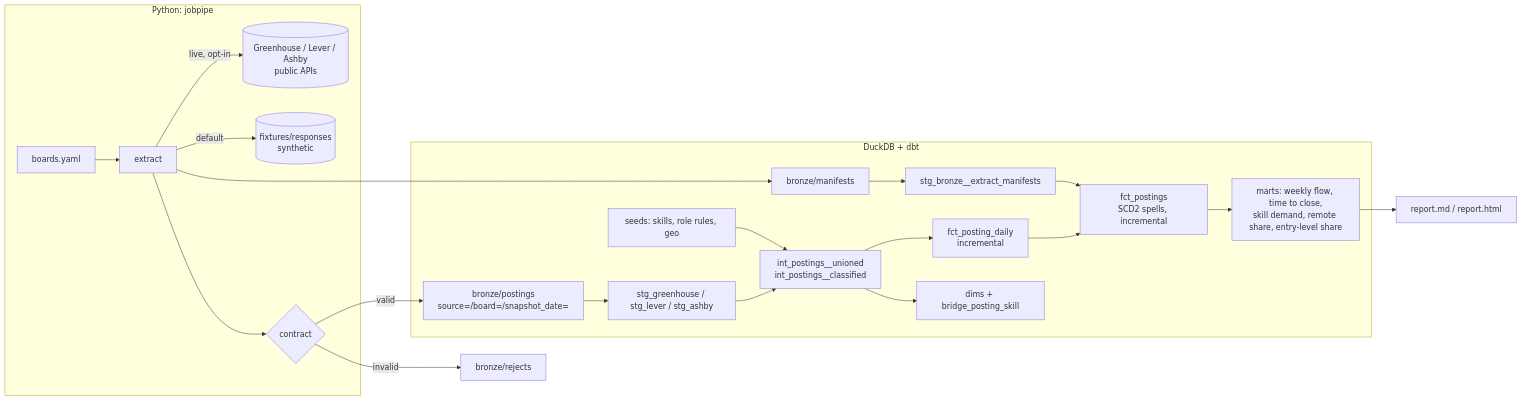
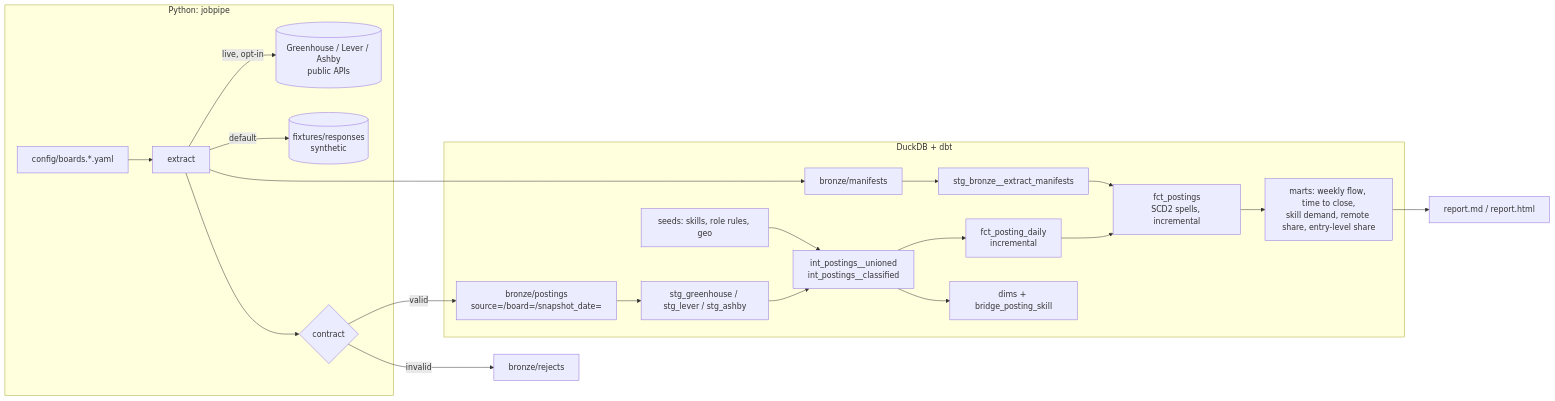
One commit to srujanmalakpata/jobpipe changed the diagram in README.md. Above: the diagram before and after it, drawn with Mermaid. The commit also changed other lines of this file and 2 other files, not shown here.

````diff
--- a/README.md
+++ b/README.md
@@ -102,24 +76,24 @@
 ```mermaid
 flowchart LR
   subgraph Extract["Python: jobpipe"]
-    CFG["boards.yaml"] --> EX["extract"]
+    CFG["config/boards.*.yaml"] --> EX["extract"]
     EX -->|"live, opt-in"| API[("Greenhouse / Lever / Ashby<br/>public APIs")]
     EX -->|"default"| FX[("fixtures/responses<br/>synthetic")]
     EX --> C{"contract"}
   end
   C -->|valid| B1["bronze/postings<br/>source=/board=/snapshot_date="]
   C -->|invalid| B2["bronze/rejects"]
   EX --> B3["bronze/manifests"]
   subgraph Warehouse["DuckDB + dbt"]
     B1 --> S["stg_greenhouse / stg_lever / stg_ashby"]
     B3 --> SM["stg_bronze__extract_manifests"]
     S --> I["int_postings__unioned<br/>int_postings__classified"]
     SEEDS["seeds: skills, role rules, geo"] --> I
     I --> F1["fct_posting_daily<br/>incremental"]
     F1 --> F2["fct_postings<br/>SCD2 spells, incremental"]
     SM --> F2
     I --> D["dims + bridge_posting_skill"]
     F2 --> M["marts: weekly flow, time to close,<br/>skill demand, remote share, entry-level share"]
   end
   M --> R["report.md / report.html"]
 ```
````
